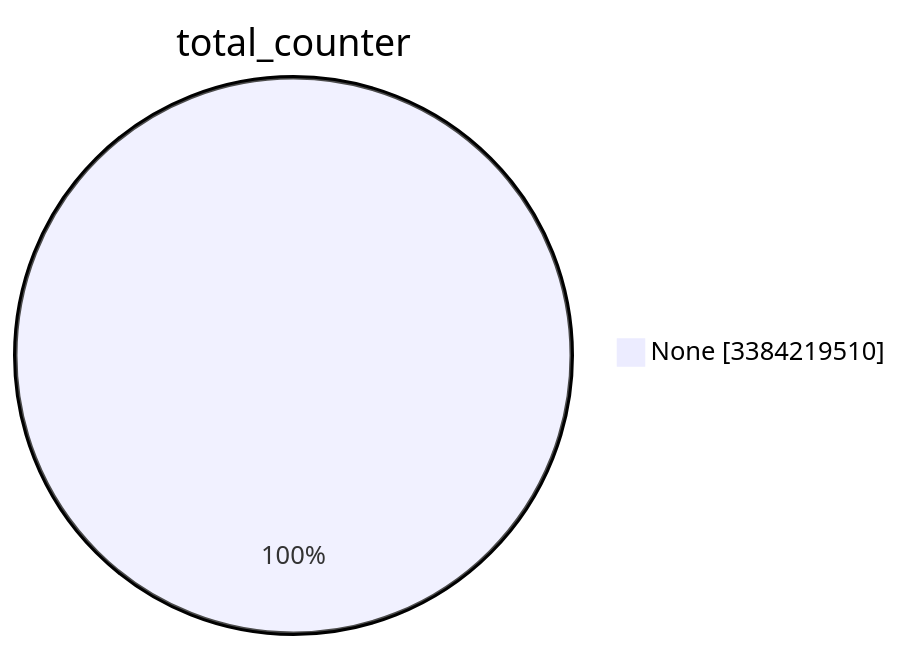
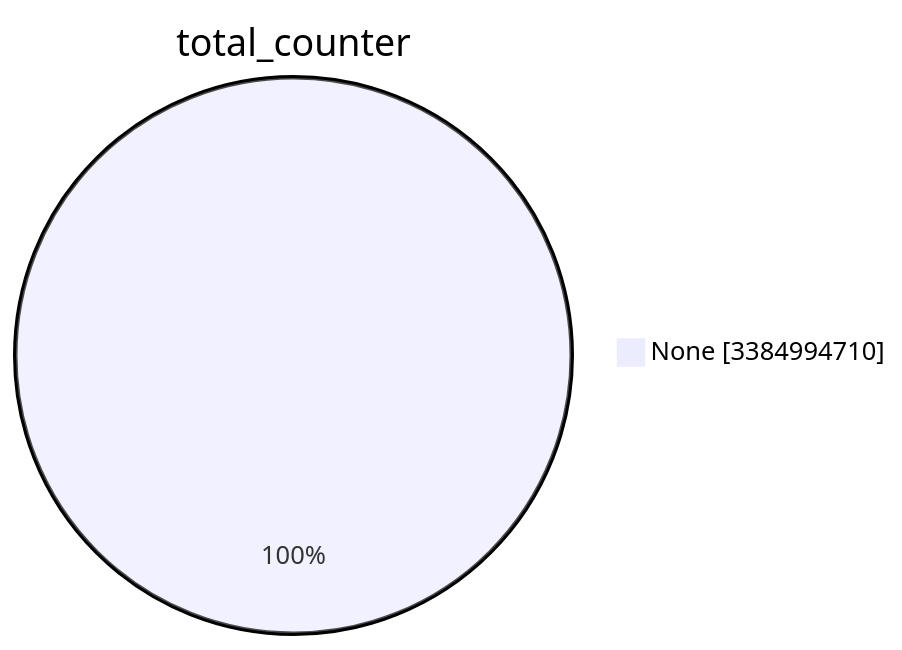
One commit to christiankrug/ctmonitor_visualization changed the first of 15 diagrams in TOTAL/README.md. Above: the diagram before and after it, drawn with Mermaid. The commit also changed other lines of this file, not shown here.

````diff
--- a/TOTAL/README.md
+++ b/TOTAL/README.md
@@ -1,5 +1,5 @@
 ```mermaid
 pie showData
 title total_counter
-"None" :3384219510
+"None" :3384994710
 ```
````
